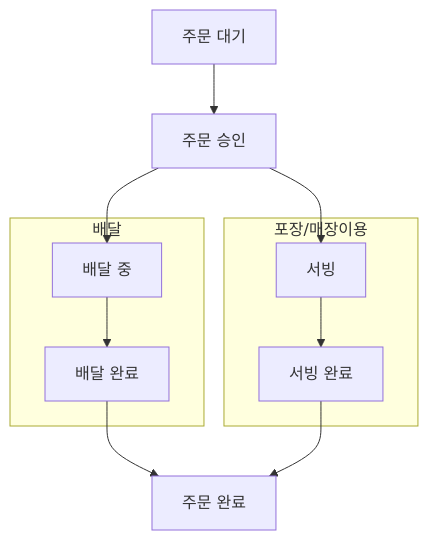
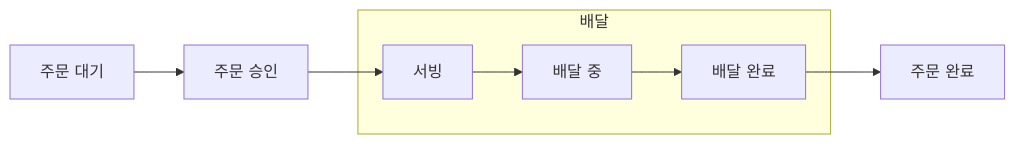
Before and after one commit to next-step/ddd-legacy: the third of 4 diagrams in README.md, drawn with Mermaid. The commit also changed other lines of this file, not shown here.

````diff
--- a/README.md
+++ b/README.md
@@ -114,14 +136,10 @@
 ```mermaid
-flowchart TD
+flowchart LR
   A[주문 대기] --> B[주문 승인]
-  B[주문 승인] --> C[배달 중]
-  B[주문 승인] --> E[서빙]
+  B[주문 승인] --> C[서빙]
   subgraph DeliveryDraw[배달]
-    C[배달 중] --> D[배달 완료]
+    C[서빙] --> D[배달 중]
+    D[배달 중] --> E[배달 완료]
   end
-  subgraph TakoutEatinDraw[포장/매장이용]
-    E[서빙] --> F[서빙 완료]
-  end
-  D[배달 완료] --> G[주문 완료]
-  F[서빙 완료] --> G[주문 완료]
+  E[배달 완료] --> G[주문 완료]
 ```
````
